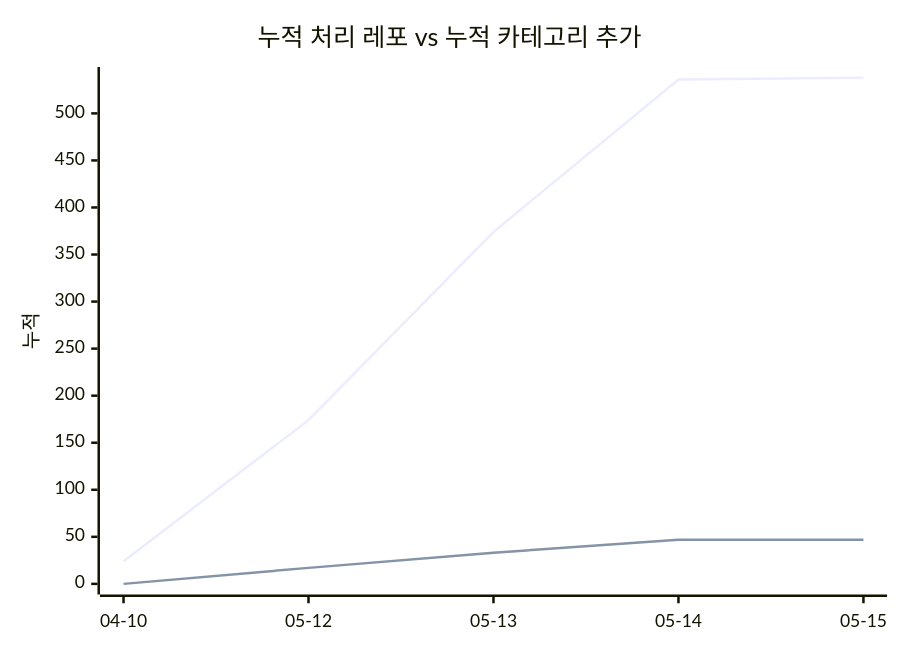
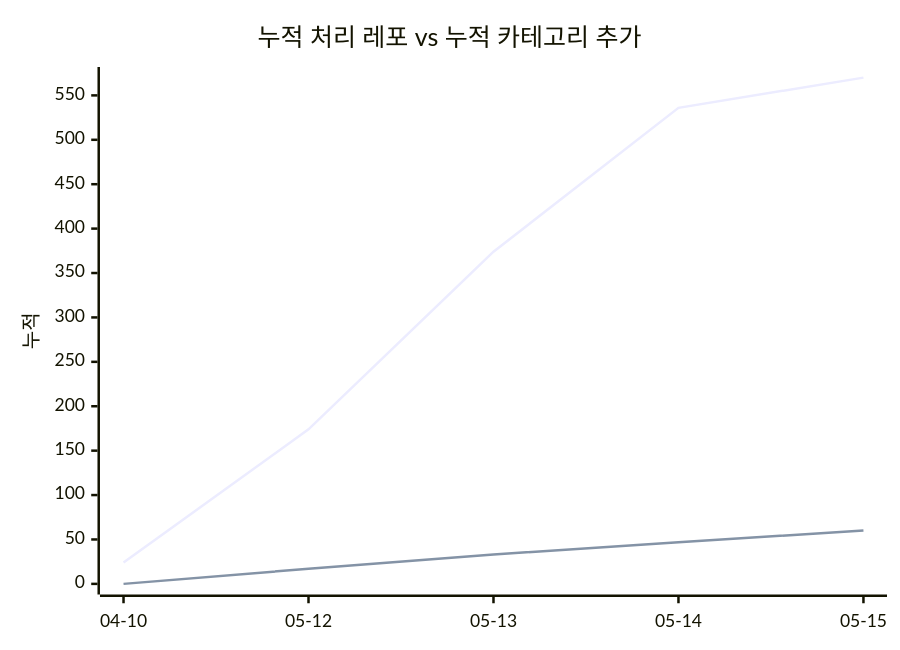
Before and after one commit to J-nowcow/awesome-korean-agent-skills: the second of 2 diagrams in docs/trends.md, drawn with Mermaid. The commit also changed other lines of this file and 11 other files, not shown here.

````diff
--- a/docs/trends.md
+++ b/docs/trends.md
@@ -59,8 +59,8 @@
 ```mermaid
 xychart-beta
     title "누적 처리 레포 vs 누적 카테고리 추가"
     x-axis ["04-10","05-12","05-13","05-14","05-15"]
     y-axis "누적"
-    line [24,174,374,536,538]
-    line [0,17,33,47,47]
+    line [24,174,374,536,570]
+    line [0,17,33,47,60]
 ```
````
